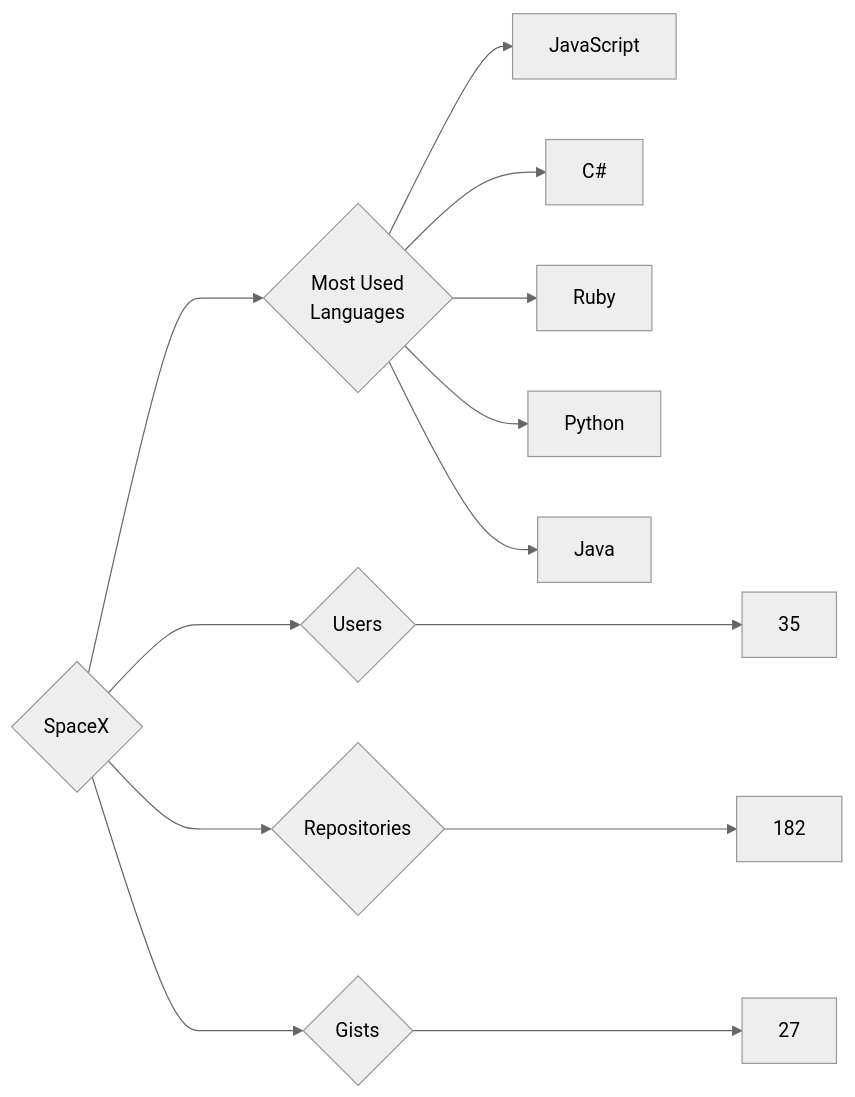
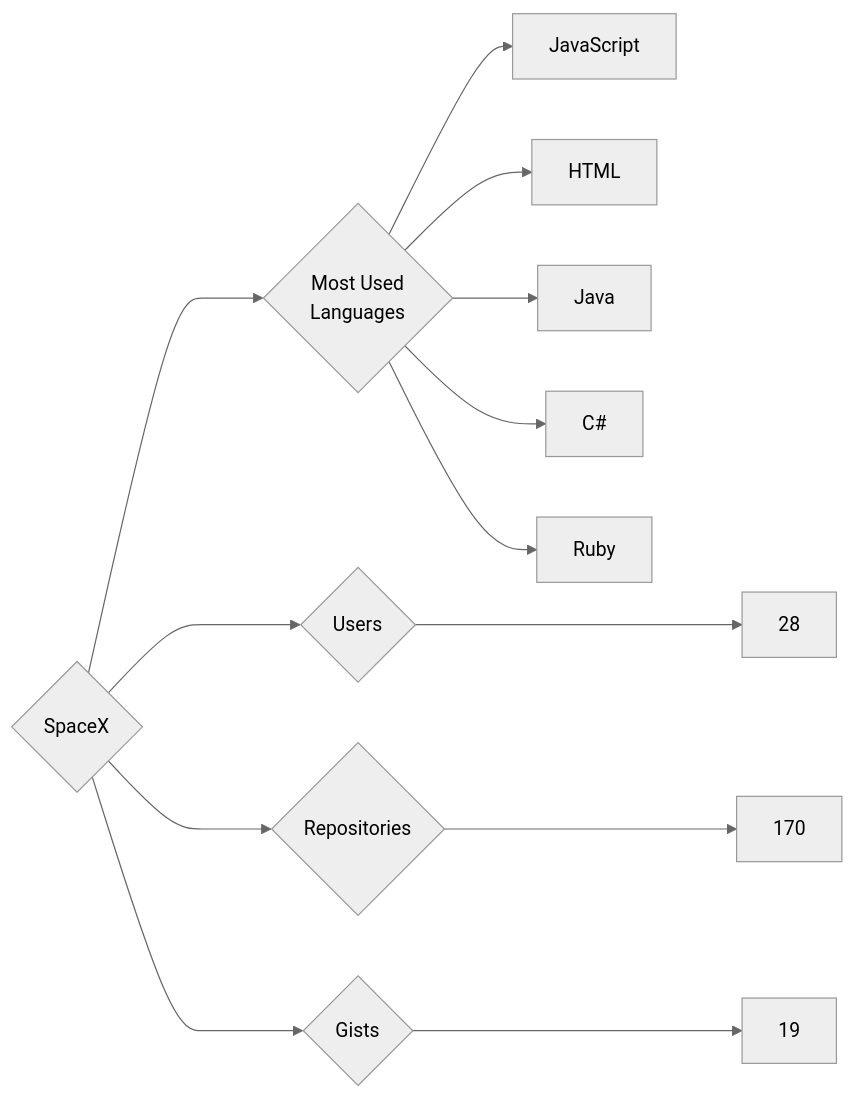
The diagram in targets/SpaceX/README.md (trickest/insiders), drawn with Mermaid (neutral theme) before and after one commit. The commit also changed 1011 other files, not shown here.

````diff
--- a/targets/SpaceX/README.md
+++ b/targets/SpaceX/README.md
@@ -3,13 +3,13 @@
 ```mermaid
 graph LR
 COMPANY_NAME{SpaceX}
-COMPANY_NAME ---> U{Users} ---> UN[35]
-COMPANY_NAME ---> R{Repositories} ---> RN[182]
-COMPANY_NAME ---> G{Gists} ---> GN[27]
+COMPANY_NAME ---> U{Users} ---> UN[28]
+COMPANY_NAME ---> R{Repositories} ---> RN[170]
+COMPANY_NAME ---> G{Gists} ---> GN[19]
 COMPANY_NAME ---> ML{Most Used<br>Languages}
 ML --> JavaScript[JavaScript]
+ML --> HTML[HTML]
+ML --> Java[Java]
 ML --> C#[C#]
 ML --> Ruby[Ruby]
-ML --> Python[Python]
-ML --> Java[Java]
 ```
````
